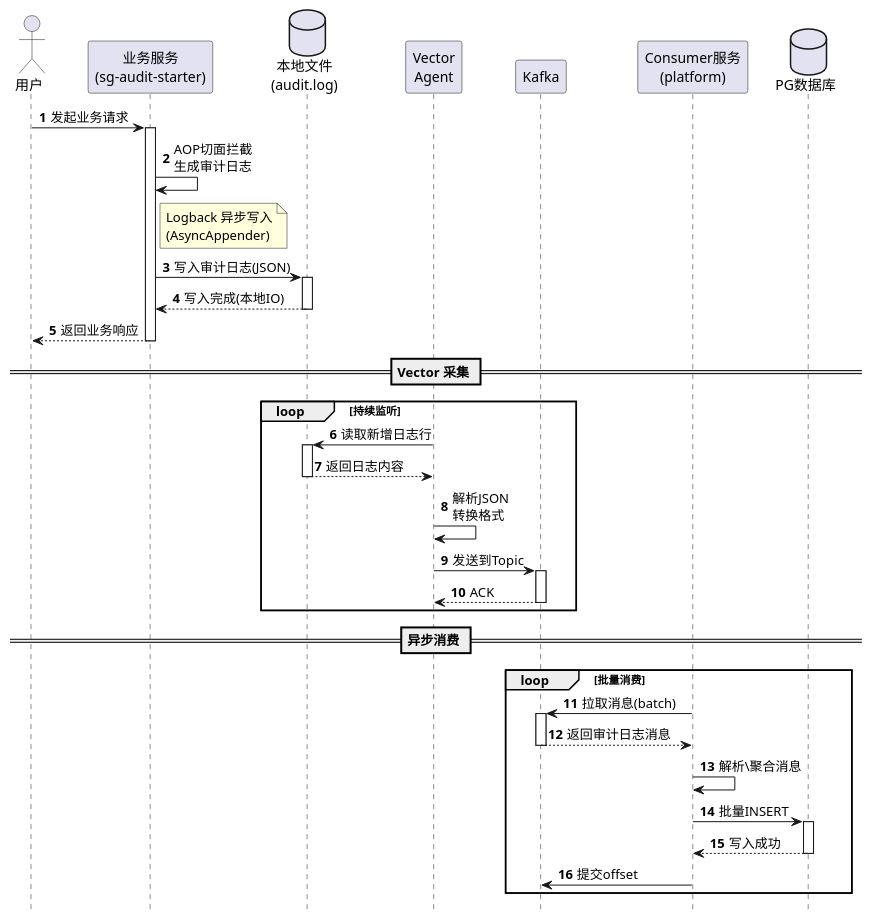
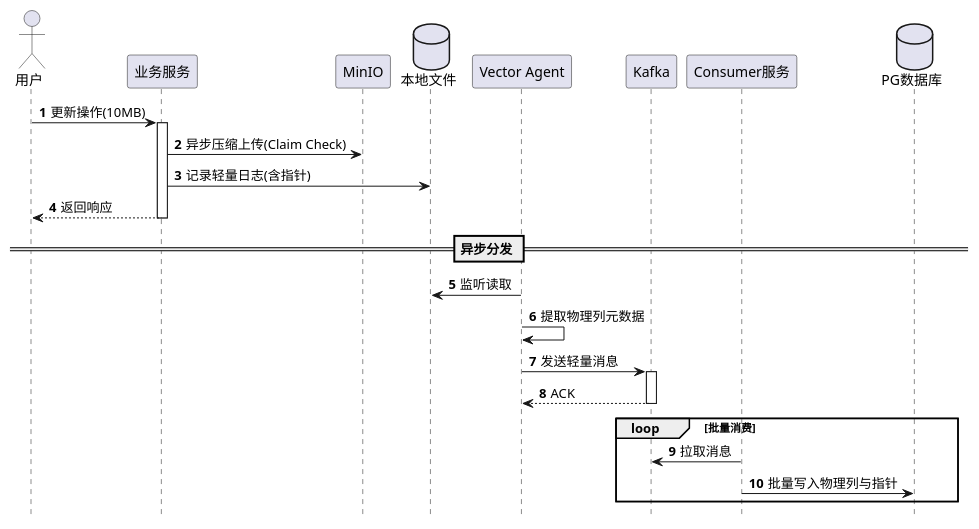
The third of 3 diagrams in .cospec/audit-log-storage/requirements.adoc (maofangyun/audit-log), drawn with PlantUML before and after one commit. The commit also changed other lines of this file and 26 other files, not shown here.

First line of the commit message:
feat(audit): implement Claim Check pattern for large payload offloading

```diff
--- a/.cospec/audit-log-storage/requirements.adoc
+++ b/.cospec/audit-log-storage/requirements.adoc
@@ -214,65 +220,38 @@
 [plantuml]
 ----
 @startuml
 autonumber
 hide footbox
 
 actor "用户" as User
-participant "业务服务\n(sg-audit-starter)" as Biz
-database "本地文件\n(audit.log)" as File
-participant "Vector\nAgent" as Vector
+participant "业务服务" as Biz
+participant "MinIO" as MinIO
+database "本地文件" as File
+participant "Vector Agent" as Vector
 participant "Kafka" as Kafka
-participant "Consumer服务\n(platform)" as Consumer
+participant "Consumer服务" as Consumer
 database "PG数据库" as PG
 
-User -> Biz: 发起业务请求
+User -> Biz: 更新操作(10MB)
 activate Biz
-
-Biz -> Biz: AOP切面拦截\n生成审计日志
-
-note right of Biz: Logback 异步写入\n(AsyncAppender)
-
-Biz -> File: 写入审计日志(JSON)
-activate File
-File --> Biz: 写入完成(本地IO)
-deactivate File
-
-Biz --> User: 返回业务响应
+Biz -> MinIO: 异步压缩上传(Claim Check)
+Biz -> File: 记录轻量日志(含指针)
+Biz --> User: 返回响应
 deactivate Biz
 
-== Vector 采集 ==
+== 异步分发 ==
 
-loop 持续监听
-    Vector -> File: 读取新增日志行
-    activate File
-    File --> Vector: 返回日志内容
-    deactivate File
-    
-    Vector -> Vector: 解析JSON\n转换格式
-    
-    Vector -> Kafka: 发送到Topic
-    activate Kafka
-    Kafka --> Vector: ACK
-    deactivate Kafka
-end
-
-== 异步消费 ==
+Vector -> File: 监听读取
+Vector -> Vector: 提取物理列元数据
+Vector -> Kafka: 发送轻量消息
+activate Kafka
+Kafka --> Vector: ACK
+deactivate Kafka
 
 loop 批量消费
-    Consumer -> Kafka: 拉取消息(batch)
-    activate Kafka
-    Kafka --> Consumer: 返回审计日志消息
-    deactivate Kafka
-    
-    Consumer -> Consumer: 解析\聚合消息
-    
-    Consumer -> PG: 批量INSERT
-    activate PG
-    PG --> Consumer: 写入成功
-    deactivate PG
-    
-    Consumer -> Kafka: 提交offset
+    Consumer -> Kafka: 拉取消息
+    Consumer -> PG: 批量写入物理列与指针
 end
 
 @enduml
 ----
```
